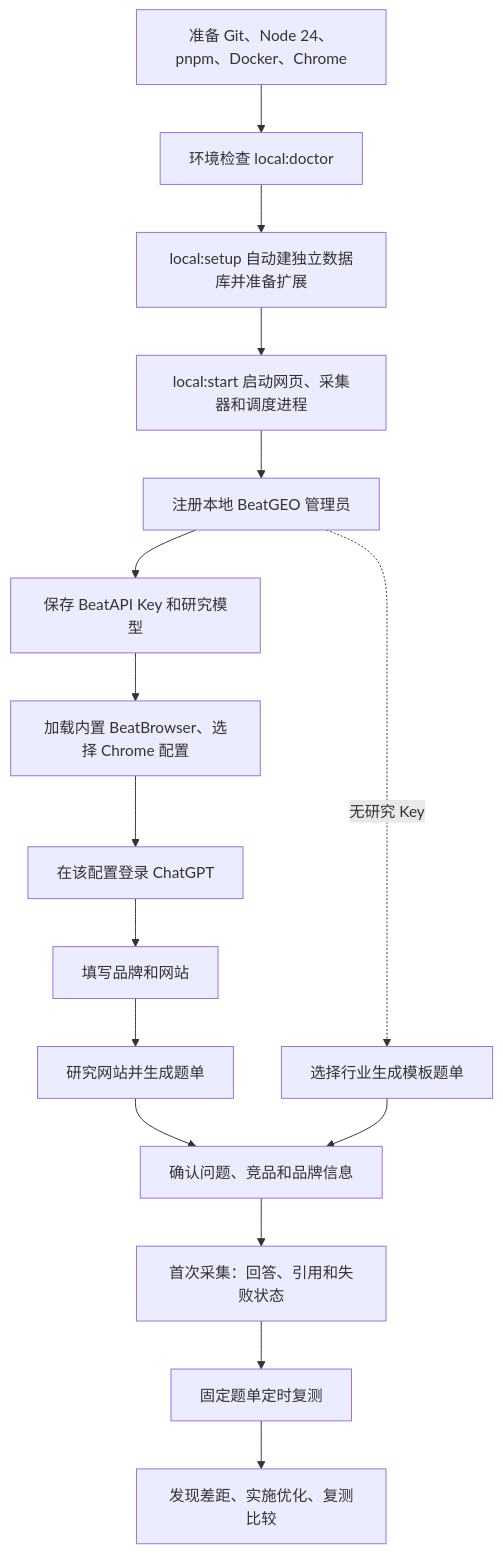
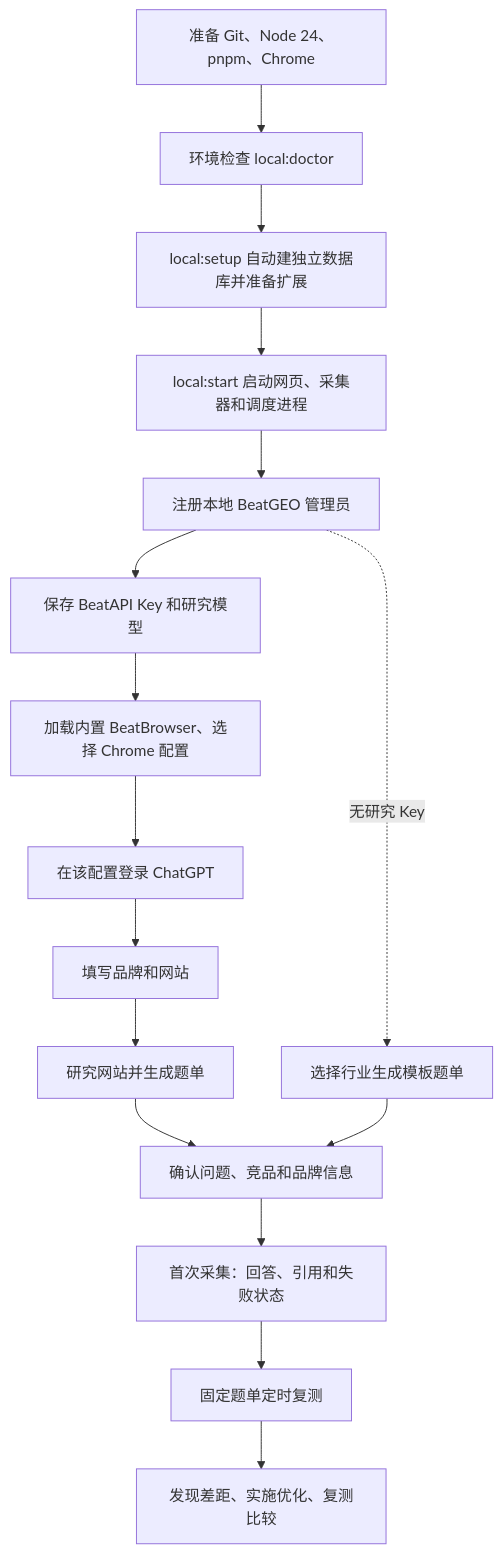
One commit to BeatAPI/BeatGEO changed the first of 2 diagrams in docs/beat-geo/getting-started.md. Above: the diagram before and after it, drawn with Mermaid. The commit also changed other lines of this file and 51 other files, not shown here.

````diff
--- a/docs/beat-geo/getting-started.md
+++ b/docs/beat-geo/getting-started.md
@@ -5,18 +5,18 @@
 ```mermaid
 flowchart TD
-    A[准备 Git、Node 24、pnpm、Docker、Chrome] --> B[环境检查 local:doctor]
+    A[准备 Git、Node 24、pnpm、Chrome] --> B[环境检查 local:doctor]
     B --> C[local:setup 自动建独立数据库并准备扩展]
     C --> D[local:start 启动网页、采集器和调度进程]
     D --> E[注册本地 BeatGEO 管理员]
     E --> F[保存 BeatAPI Key 和研究模型]
     F --> G[加载内置 BeatBrowser、选择 Chrome 配置]
     G --> H[在该配置登录 ChatGPT]
     H --> I[填写品牌和网站]
     I --> J[研究网站并生成题单]
     J --> K[确认问题、竞品和品牌信息]
     K --> L[首次采集：回答、引用和失败状态]
     L --> M[固定题单定时复测]
     M --> N[发现差距、实施优化、复测比较]
     E -. 无研究 Key .-> O[选择行业生成模板题单]
     O --> K
 ```
````
